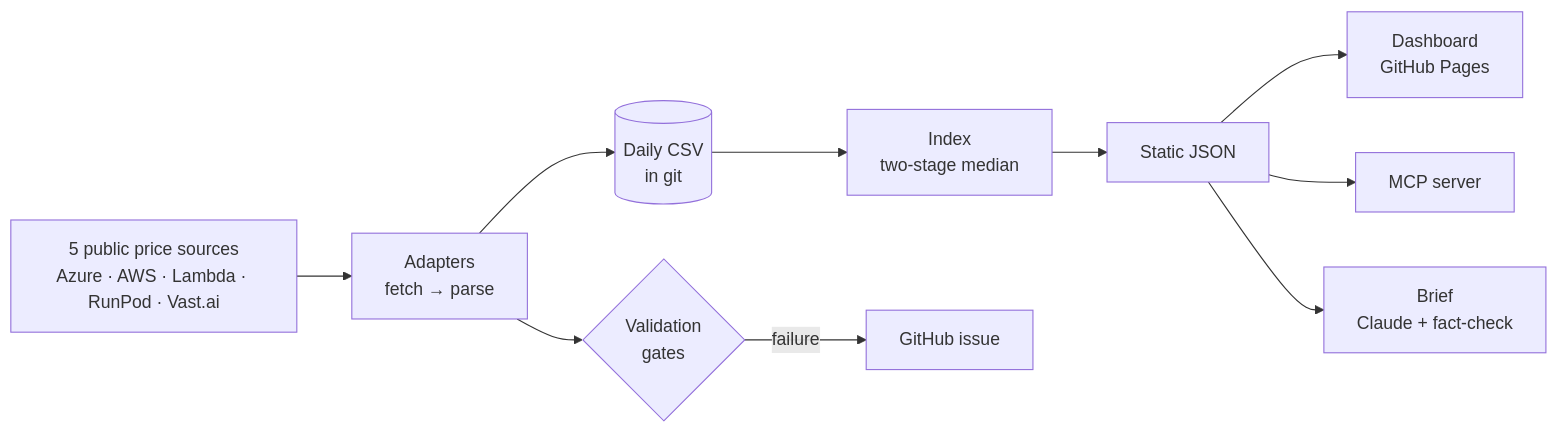
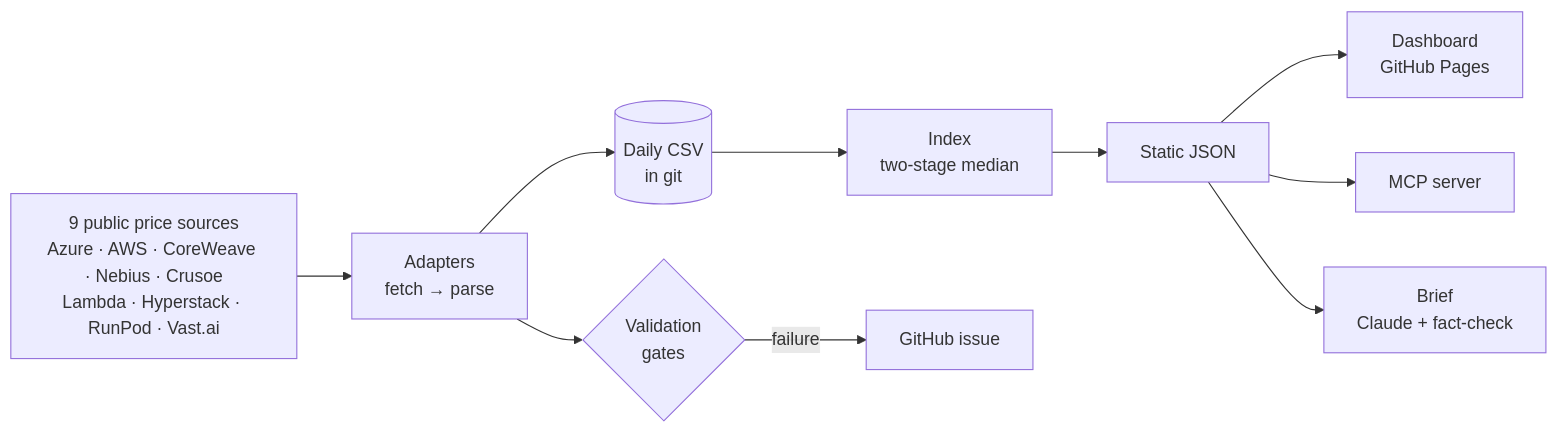
One commit to ewyluda/gpu-price-index changed the diagram in README.md. Above: the diagram before and after it, drawn with Mermaid. The commit also changed other lines of this file and 17 other files, not shown here.

First line of the commit message:
Add CoreWeave, Nebius, Crusoe and Hyperstack; matched-provider changes

````diff
--- a/README.md
+++ b/README.md
@@ -41,12 +41,12 @@
 ```mermaid
 flowchart LR
-    S["5 public price sources<br/>Azure · AWS · Lambda · RunPod · Vast.ai"] --> A["Adapters<br/>fetch → parse"]
+    S["9 public price sources<br/>Azure · AWS · CoreWeave · Nebius · Crusoe<br/>Lambda · Hyperstack · RunPod · Vast.ai"] --> A["Adapters<br/>fetch → parse"]
     A --> V{"Validation<br/>gates"}
     A --> D[("Daily CSV<br/>in git")]
     D --> I["Index<br/>two-stage median"]
     I --> P["Static JSON"]
     P --> W["Dashboard<br/>GitHub Pages"]
     P --> M["MCP server"]
     P --> B["Brief<br/>Claude + fact-check"]
     V -- "failure" --> G["GitHub issue"]
 ```
````
